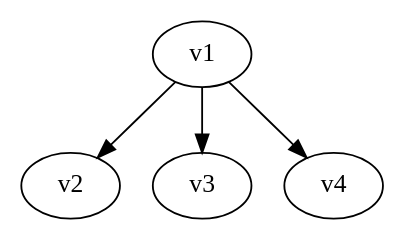
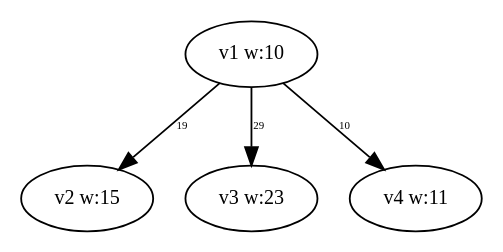
One commit to dexters1/Task-Scheduling-Based-on-Genetic-Algorithms changed the diagram in PythonApplication1/PythonApplication1/test-output/slika_2.gv. Above: the diagram before and after it, drawn with Graphviz. The commit also changed 45 other files, not shown here.

```diff
--- a/PythonApplication1/PythonApplication1/test-output/slika_2.gv
+++ b/PythonApplication1/PythonApplication1/test-output/slika_2.gv
@@ -1,10 +1,9 @@
-// slika_2.gv
 digraph {
-	v1 [label=v1]
-	v2 [label=v2]
-	v3 [label=v3]
-	v4 [label=v4]
-	v1 -> v2 [constraint=true]
-	v1 -> v3 [constraint=true]
-	v1 -> v4 [constraint=true]
+	v1 [label="v1 w:10" fontsize=11.0]
+	v2 [label="v2 w:15" fontsize=11.0]
+	v3 [label="v3 w:23" fontsize=11.0]
+	v4 [label="v4 w:11" fontsize=11.0]
+	v1 -> v2 [label=19 constraint=true fontsize=6.0]
+	v1 -> v3 [label=29 constraint=true fontsize=6.0]
+	v1 -> v4 [label=10 constraint=true fontsize=6.0]
 }
```
